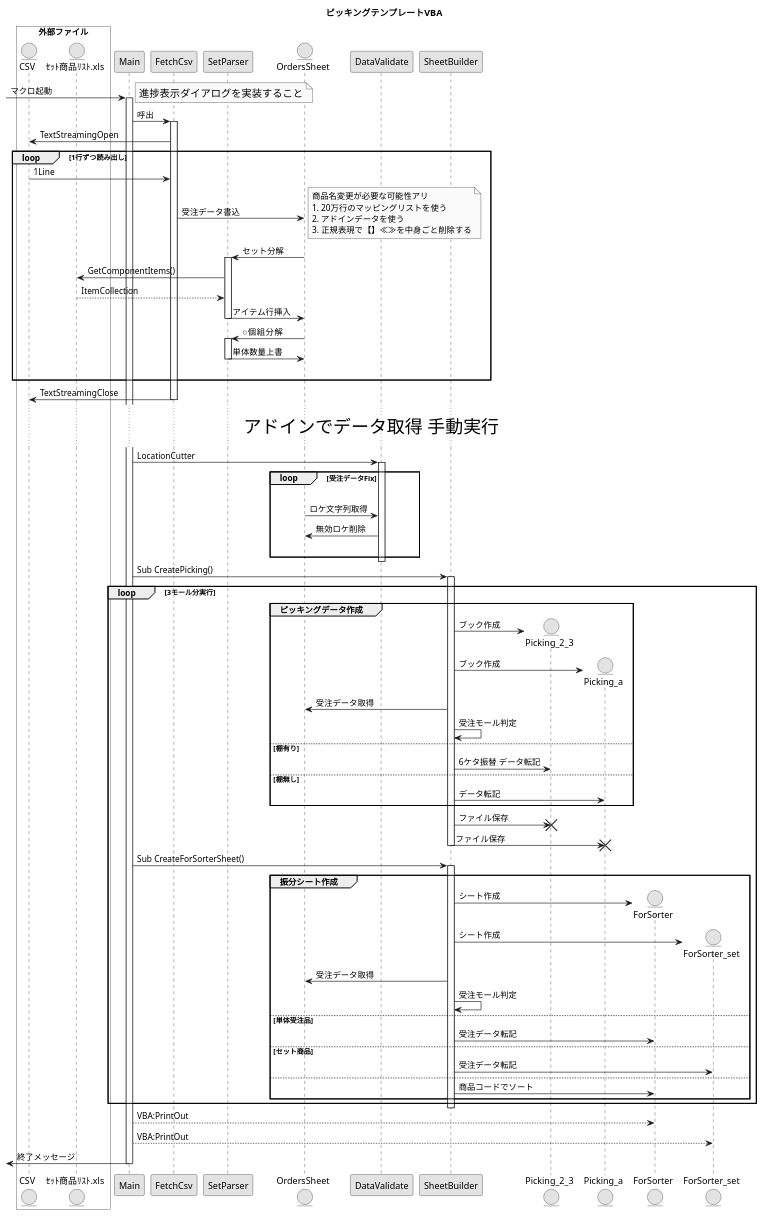
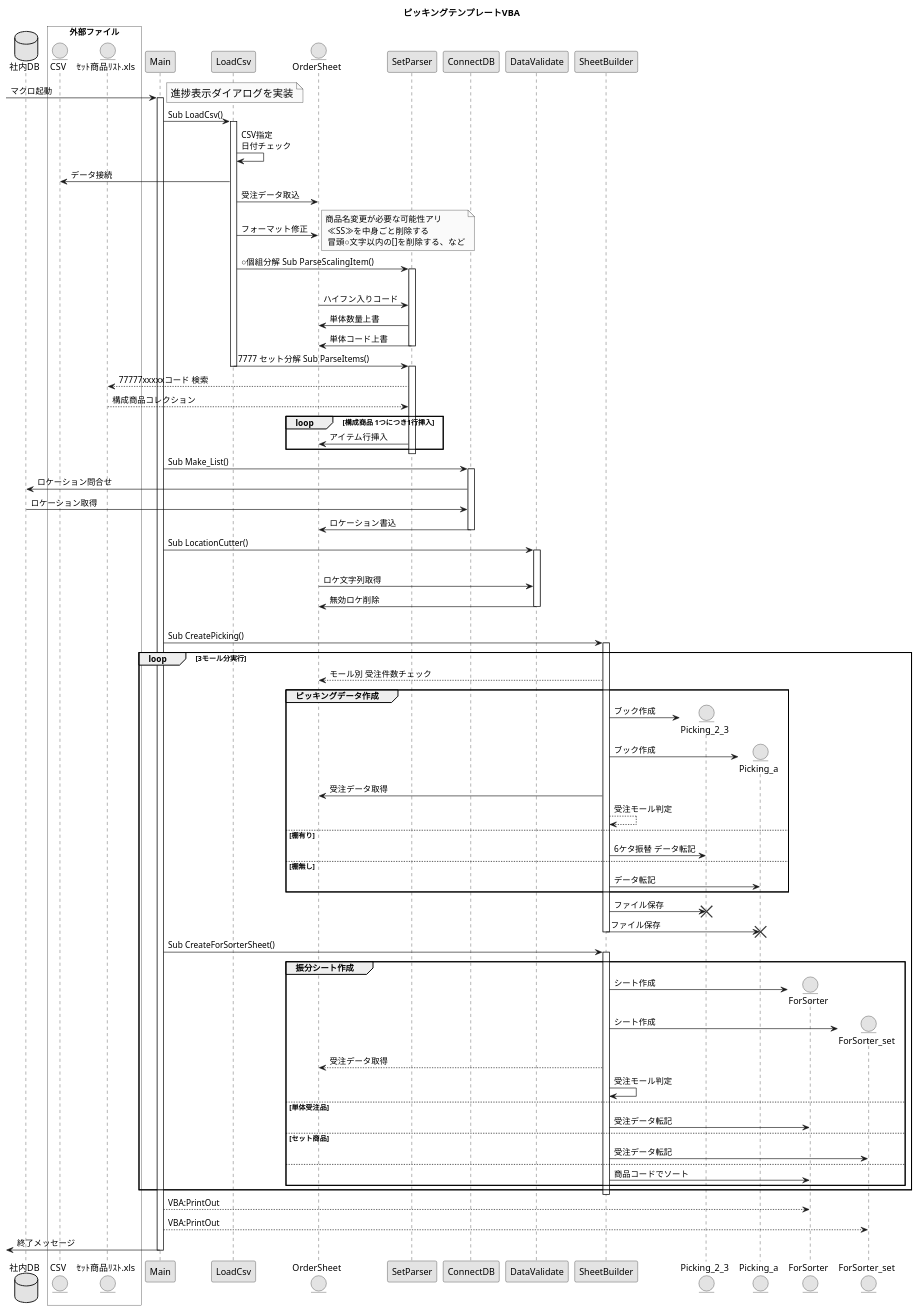
One commit to akiya64/back-yard-macros changed the diagram in picking_create_vba.puml. Above: the diagram before and after it, drawn with PlantUML. The commit also changed 16 other files, not shown here.

```diff
--- a/picking_create_vba.puml
+++ b/picking_create_vba.puml
@@ -1,148 +1,160 @@
 @startuml picking_create_vba
 
 skinparam monochrome true
 skinparam packageFontSize 25
 
 title ピッキングテンプレートVBA
 
+database 社内DB
 
 box "外部ファイル" #white
     entity CSV
     entity ｾｯﾄ商品ﾘｽﾄ.xls
 end box
 
 participant Main
 
 [-> Main : マクロ起動
 activate Main
 
 note right
-  <size:16>進捗表示ダイアログを実装すること</size>
+  <size:16>進捗表示ダイアログを実装</size>
 end note
 
-Main -> FetchCsv : 呼出
-activate FetchCsv
+Main -> LoadCsv : Sub LoadCsv()
+activate LoadCsv
 
-CSV <- FetchCsv : TextStreamingOpen 
+LoadCsv -> LoadCsv : CSV指定\n日付チェック
+
+CSV <- LoadCsv : データ接続
+
+entity OrderSheet
+
+LoadCsv -> OrderSheet : 受注データ取込
+LoadCsv -> OrderSheet : フォーマット修正
 
 participant SetParser
 
-Loop 1行ずつ読み出し
-    CSV -> FetchCsv : 1Line
+note right
+    商品名変更が必要な可能性アリ
+     ≪SS≫を中身ごと削除する
+     冒頭○文字以内の[]を削除する、など
+end note
 
-    entity OrdersSheet
-    FetchCsv -> OrdersSheet : 受注データ書込
+LoadCsv -> SetParser : ○個組分解 Sub ParseScalingItem()
+|||
+activate SetParser
 
-    note right
-        商品名変更が必要な可能性アリ
-        1. 20万行のマッピングリストを使う
-        2. アドインデータを使う
-        3. 正規表現で【】≪≫を中身ごと削除する
-    end note
+SetParser <- OrderSheet : ハイフン入りコード
+SetParser -> OrderSheet : 単体数量上書
+SetParser -> OrderSheet : 単体コード上書
+deactivate SetParser
 
-    SetParser <- OrdersSheet : セット分解
-    
-    activate SetParser
-        ｾｯﾄ商品ﾘｽﾄ.xls <- SetParser : GetComponentItems()
-        ｾｯﾄ商品ﾘｽﾄ.xls --> SetParser : ItemCollection
-    
-        SetParser -> OrdersSheet : アイテム行挿入
-    
-    deactivate SetParser
+LoadCsv -> SetParser : 7777 セット分解 Sub ParseItems()
+deactivate LoadCsv
+activate SetParser
 
-    SetParser <- OrdersSheet :○個組分解
-    activate SetParser
-        SetParser -> OrdersSheet : 単体数量上書
-    deactivate SetParser
+ｾｯﾄ商品ﾘｽﾄ.xls <-- SetParser : 77777xxxxxコード 検索
+ｾｯﾄ商品ﾘｽﾄ.xls --> SetParser : 構成商品コレクション
 
-    |||
-    end loop
+Loop 構成商品 1つにつき1行挿入
+    SetParser -> OrderSheet : アイテム行挿入
+end
 
-CSV <- FetchCsv : TextStreamingClose
-deactivate FetchCsv
+deactivate SetParser
 
-... <size:28>アドインでデータ取得 手動実行</size> ...
+Main -> ConnectDB : Sub Make_List()
+activate ConnectDB
+社内DB <- ConnectDB : ロケーション問合せ
+社内DB -> ConnectDB :ロケーション取得
+OrderSheet <- ConnectDB : ロケーション書込
+deactivate ConnectDB
+
+
 
 participant DataValidate
 
-    Main -> DataValidate : LocationCutter
+Main -> DataValidate : Sub LocationCutter()
 
-    activate DataValidate
+activate DataValidate
 
-    loop 受注データFix
-        |||
-        OrdersSheet -> DataValidate :ロケ文字列取得
-        OrdersSheet <- DataValidate :無効ロケ削除
-        |||
-    end
-    deactivate DataValidate
+|||
+OrderSheet -> DataValidate :ロケ文字列取得
+OrderSheet <- DataValidate :無効ロケ削除
+deactivate DataValidate
+|||
+
+deactivate DataValidate
 
 participant SheetBuilder
 
 Main -> SheetBuilder : Sub CreatePicking()
 activate SheetBuilder
 
-loop 3モール分実行     
+loop 3モール分実行
+    
+    OrderSheet <-- SheetBuilder : モール別 受注件数チェック
+
     Group ピッキングデータ作成
 
         create entity Picking_2_3
         SheetBuilder -> Picking_2_3 : ブック作成
 
         create entity Picking_a
         SheetBuilder -> Picking_a : ブック作成
 
-        OrdersSheet <- SheetBuilder : 受注データ取得
+        OrderSheet <- SheetBuilder : 受注データ取得
 
-        SheetBuilder -> SheetBuilder : 受注モール判定
+        SheetBuilder --> SheetBuilder : 受注モール判定
 
         else 棚有り
             SheetBuilder -> Picking_2_3 : 6ケタ振替 データ転記
 
         else 棚無し
             SheetBuilder -> Picking_a : データ転記
     end
 
     SheetBuilder -> Picking_2_3 : ファイル保存
     destroy Picking_2_3
     SheetBuilder -> Picking_a : ファイル保存
     deactivate SheetBuilder
 
     destroy Picking_a
     deactivate SheetBuilder
 
 
     Main -> SheetBuilder : Sub CreateForSorterSheet()
         Group 振分シート作成
         activate SheetBuilder
         create entity ForSorter
         SheetBuilder -> ForSorter : シート作成
         create entity ForSorter_set
         SheetBuilder -> ForSorter_set : シート作成
-        OrdersSheet <- SheetBuilder : 受注データ取得
+        OrderSheet <-- SheetBuilder : 受注データ取得
         SheetBuilder -> SheetBuilder : 受注モール判定
 
         else 単体受注品
 
             SheetBuilder -> ForSorter : 受注データ転記
         
         else セット商品
 
             SheetBuilder -> ForSorter_set : 受注データ転記
         else
 
             SheetBuilder -> ForSorter : 商品コードでソート
 
     end
 end
 
 deactivate SheetBuilder
 
 Main --> ForSorter : VBA:PrintOut 
 Main --> ForSorter_set : VBA:PrintOut
 
 
 [<- Main : 終了メッセージ
 
 deactivate Main
 
 @enduml
```
